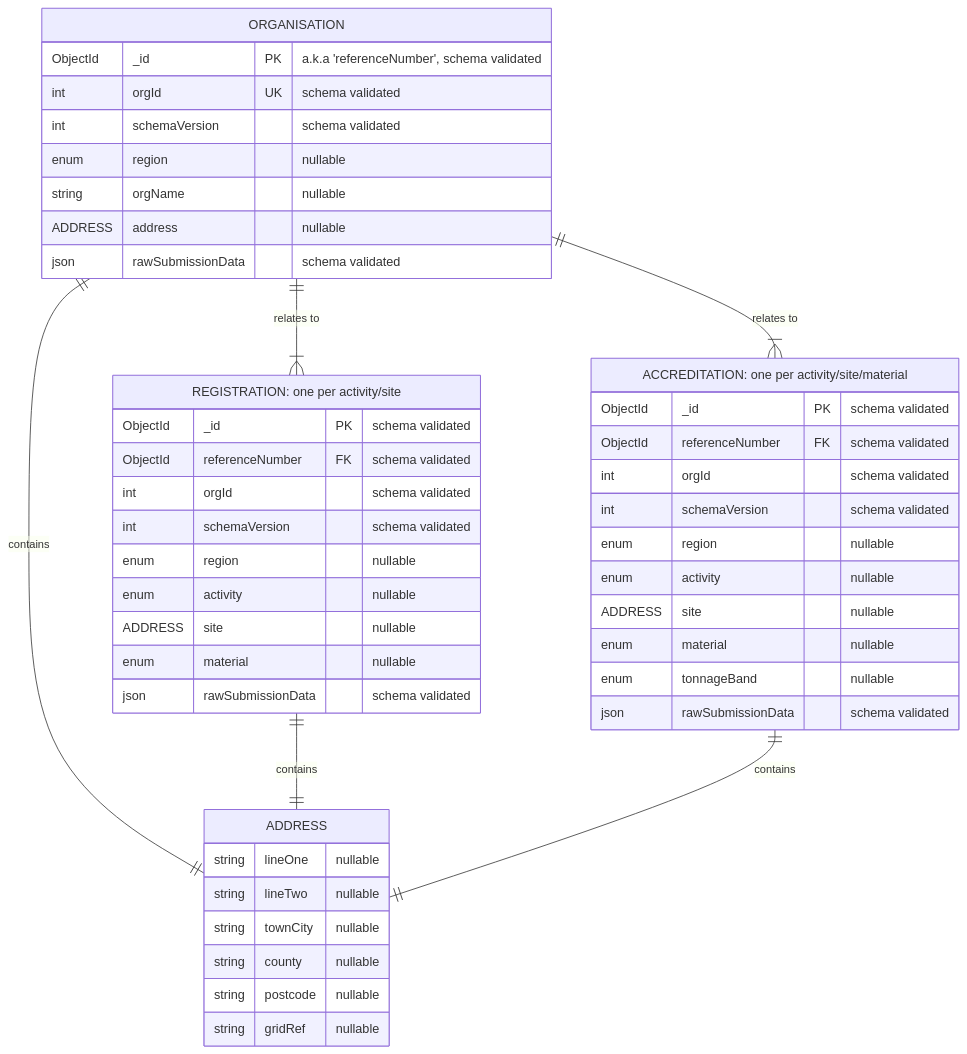
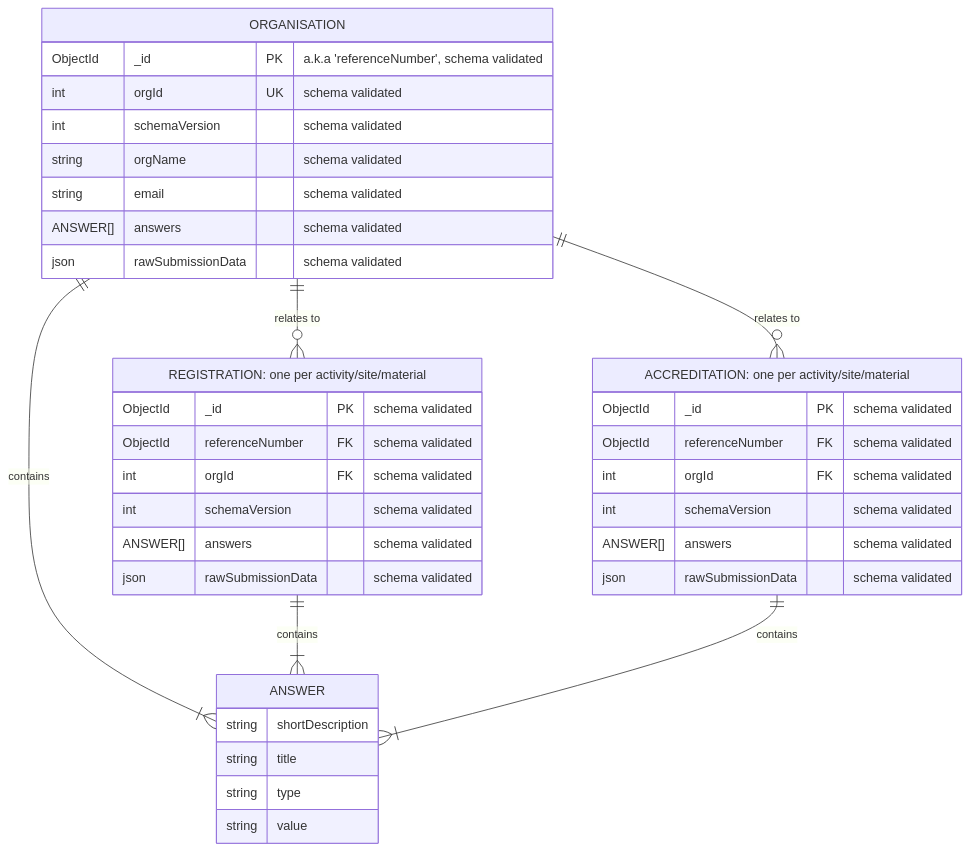
The tenth of 10 diagrams in docs/architecture/defined/2025-reg-acc-lld.md (DEFRA/epr-backend), drawn with Mermaid before and after one commit. The commit also changed other lines of this file and 6 other files, not shown here.

````diff
--- a/docs/architecture/defined/2025-reg-acc-lld.md
+++ b/docs/architecture/defined/2025-reg-acc-lld.md
@@ -277,61 +285,52 @@
 ```mermaid
 erDiagram
 
 %% Entities
 ORGANISATION
-REGISTRATION["REGISTRATION: one per activity/site"]
+REGISTRATION["REGISTRATION: one per activity/site/material"]
 ACCREDITATION["ACCREDITATION: one per activity/site/material"]
-ADDRESS
+ANSWER
 
 %% Structure
 ORGANISATION {
   ObjectId _id PK "a.k.a 'referenceNumber', schema validated"
   int orgId UK "schema validated"
   int schemaVersion "schema validated"
-  enum region "nullable"
-  string orgName "nullable"
-  ADDRESS address "nullable"
+  string orgName "schema validated"
+  string email "schema validated"
+  ANSWER[] answers "schema validated"
   json rawSubmissionData "schema validated"
 }
 
 REGISTRATION {
   ObjectId _id PK "schema validated"
   ObjectId referenceNumber FK "schema validated"
-  int orgId "schema validated"
+  int orgId FK "schema validated"
   int schemaVersion "schema validated"
-  enum region "nullable"
-  enum activity "nullable"
-  ADDRESS site "nullable"
-  enum material "nullable"
+  ANSWER[] answers "schema validated"
   json rawSubmissionData "schema validated"
 }
 
 ACCREDITATION {
   ObjectId _id PK "schema validated"
   ObjectId referenceNumber FK "schema validated"
-  int orgId "schema validated"
+  int orgId FK "schema validated"
   int schemaVersion "schema validated"
-  enum region "nullable"
-  enum activity "nullable"
-  ADDRESS site "nullable"
-  enum material "nullable"
-  enum tonnageBand "nullable"
+  ANSWER[] answers "schema validated"
   json rawSubmissionData "schema validated"
 }
 
-ADDRESS {
-  string lineOne "nullable"
-  string lineTwo "nullable"
-  string townCity "nullable"
-  string county "nullable"
-  string postcode "nullable"
-  string gridRef "nullable"
+ANSWER {
+  string shortDescription
+  string title
+  string type
+  string value
 }
 
 %% Relationships
-ORGANISATION ||--|| ADDRESS : contains
-REGISTRATION ||--|| ADDRESS : contains
-ACCREDITATION ||--|| ADDRESS : contains
-ORGANISATION ||--|{ REGISTRATION : "relates to"
-ORGANISATION ||--|{ ACCREDITATION : "relates to"
+ORGANISATION ||--|{ ANSWER : contains
+REGISTRATION ||--|{ ANSWER : contains
+ACCREDITATION ||--|{ ANSWER : contains
+ORGANISATION ||--o{ REGISTRATION : "relates to"
+ORGANISATION ||--o{ ACCREDITATION : "relates to"
 ```
````
